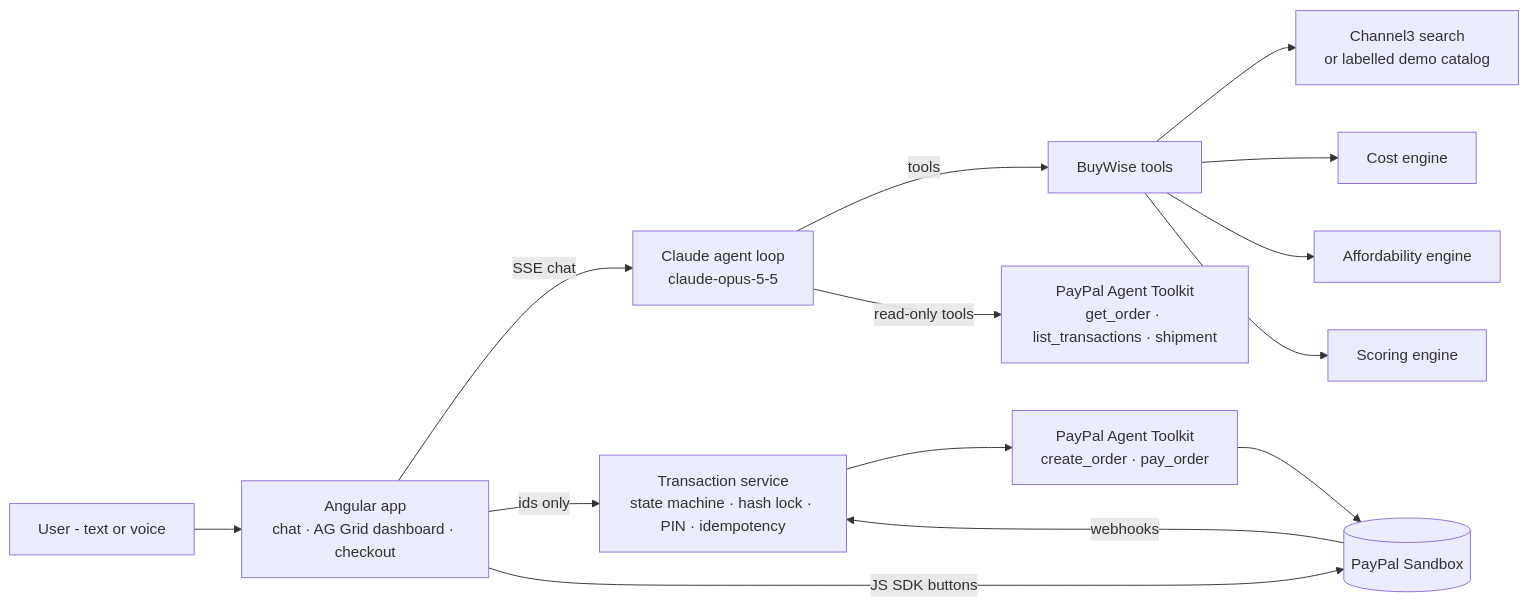
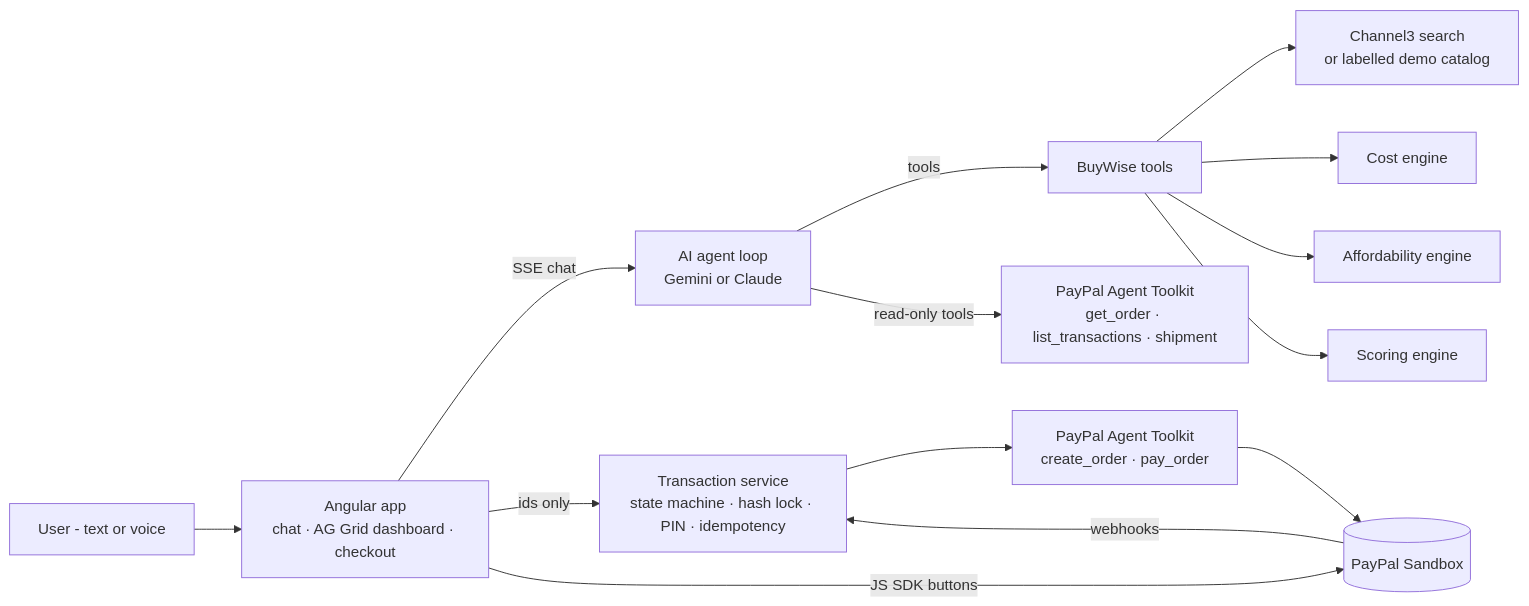
One commit to DharunAashick/buywise-ai changed the diagram in README.md. Above: the diagram before and after it, drawn with Mermaid. The commit also changed other lines of this file and 13 other files, not shown here.

First line of the commit message:
feat: add Google Gemini as an agent provider alongside Claude

````diff
--- a/README.md
+++ b/README.md
@@ -32,16 +32,16 @@
 ```mermaid
 flowchart LR
   U[User - text or voice] --> FE[Angular app<br/>chat · AG Grid dashboard · checkout]
-  FE -- SSE chat --> AG[Claude agent loop<br/>claude-opus-5-5]
+  FE -- SSE chat --> AG[AI agent loop<br/>Gemini or Claude]
   AG -- tools --> T[BuyWise tools]
   T --> C3[Channel3 search<br/>or labelled demo catalog]
   T --> CE[Cost engine]
   T --> AE[Affordability engine]
   T --> SE[Scoring engine]
   AG -- read-only tools --> PTR[PayPal Agent Toolkit<br/>get_order · list_transactions · shipment]
   FE -- ids only --> TX[Transaction service<br/>state machine · hash lock · PIN · idempotency]
   TX --> PTX[PayPal Agent Toolkit<br/>create_order · pay_order]
   PTX --> PP[(PayPal Sandbox)]
   FE -- JS SDK buttons --> PP
   PP -- webhooks --> TX
 ```
````
